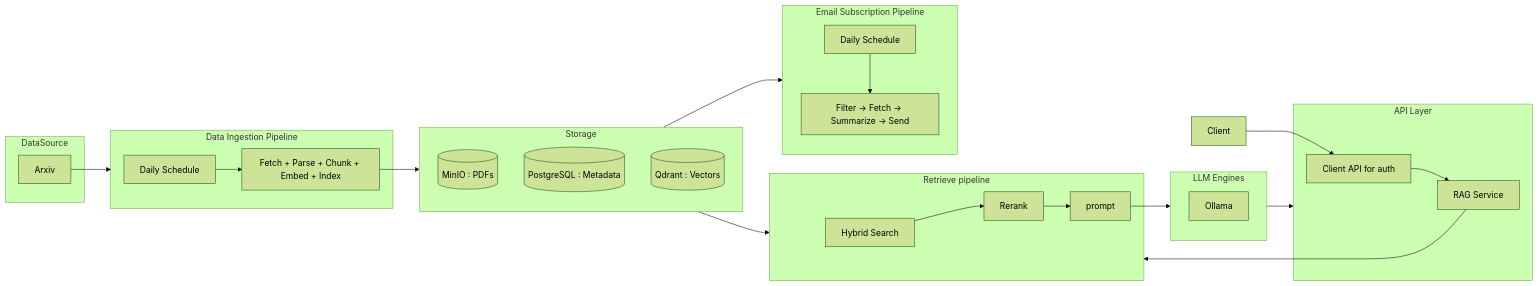
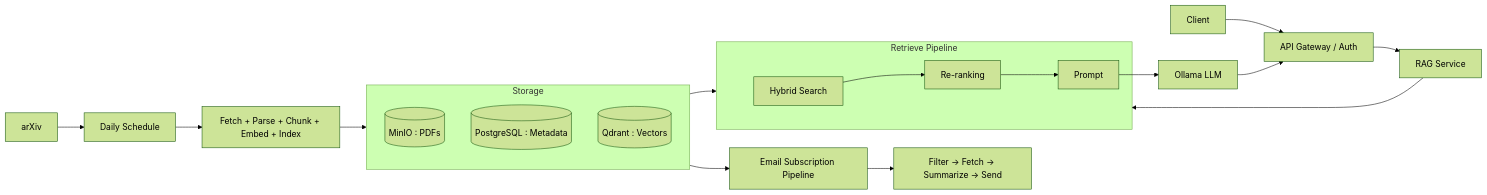
Before and after one commit to a920604a/engineernews: the diagram in src/content/posts/tech/2026-04-23-llm-assistant.md, drawn with Mermaid (forest theme). The commit also changed other lines of this file and 468 other files, not shown here.

````diff
--- a/src/content/posts/tech/2026-04-23-llm-assistant.md
+++ b/src/content/posts/tech/2026-04-23-llm-assistant.md
@@ -37,53 +43,29 @@
 ```mermaid
 flowchart LR
+  Client --> FastAPI[API Gateway / Auth]
+  FastAPI --> NoteServer[RAG Service]
 
-subgraph Data[DataSource]
-  Arxiv
-end
+  Arxiv[arXiv] --> Scheduler[Daily Schedule]
+  Scheduler --> IngestFlow[Fetch + Parse + Chunk + Embed + Index]
+  IngestFlow --> Storage
 
-Arxiv --> Ingest
+  NoteServer --> Retrieve
+  Storage --> Retrieve
 
-subgraph Ingest[Data Ingestion Pipeline]
-  Scheduler[Daily Schedule]
-  IngestFlow[Fetch + Parse + Chunk + Embed + Index]
-end
+  subgraph Retrieve[Retrieve Pipeline]
+    Search[Hybrid Search] --> Rerank[Re-ranking]
+    Rerank --> Prompt
+  end
 
-subgraph API[API Layer]
-  FastAPI[Client API for auth]
-  NoteServer[RAG Service]
-end
+  Prompt --> Ollama[Ollama LLM]
+  Ollama --> FastAPI
 
-Client --> FastAPI
-FastAPI --> NoteServer
+  subgraph Storage[Storage]
+    MinIO[(MinIO : PDFs)]
+    PostgreSQL[(PostgreSQL : Metadata)]
+    Qdrant[(Qdrant : Vectors)]
+  end
 
-subgraph Retrieve[Retrieve pipeline]
-    Search[Hybrid Search] --> Rerank
-    Rerank --> prompt
-end
-
-subgraph LLM[LLM Engines]
-  Ollama[Ollama]
-end
-
-subgraph Storage[Storage]
-  MinIO[("MinIO : PDFs")]
-  PostgreSQL[("PostgreSQL : Metadata")]
-  Qdrant[("Qdrant : Vectors")]
-end
-
-NoteServer --> Retrieve
-Storage --> Retrieve
-prompt --> LLM
-LLM --> API
-
-Scheduler --> IngestFlow
-IngestFlow --> Storage
-
-subgraph Subscription[Email Subscription Pipeline]
-  SubSched[Daily Schedule]
-  SubFlow[Filter → Fetch → Summarize → Send]
-  SubSched --> SubFlow
-end
-
-Storage --> Subscription
+  Storage --> Subscription[Email Subscription Pipeline]
+  Subscription --> SubFlow[Filter → Fetch → Summarize → Send]
 ```
````
